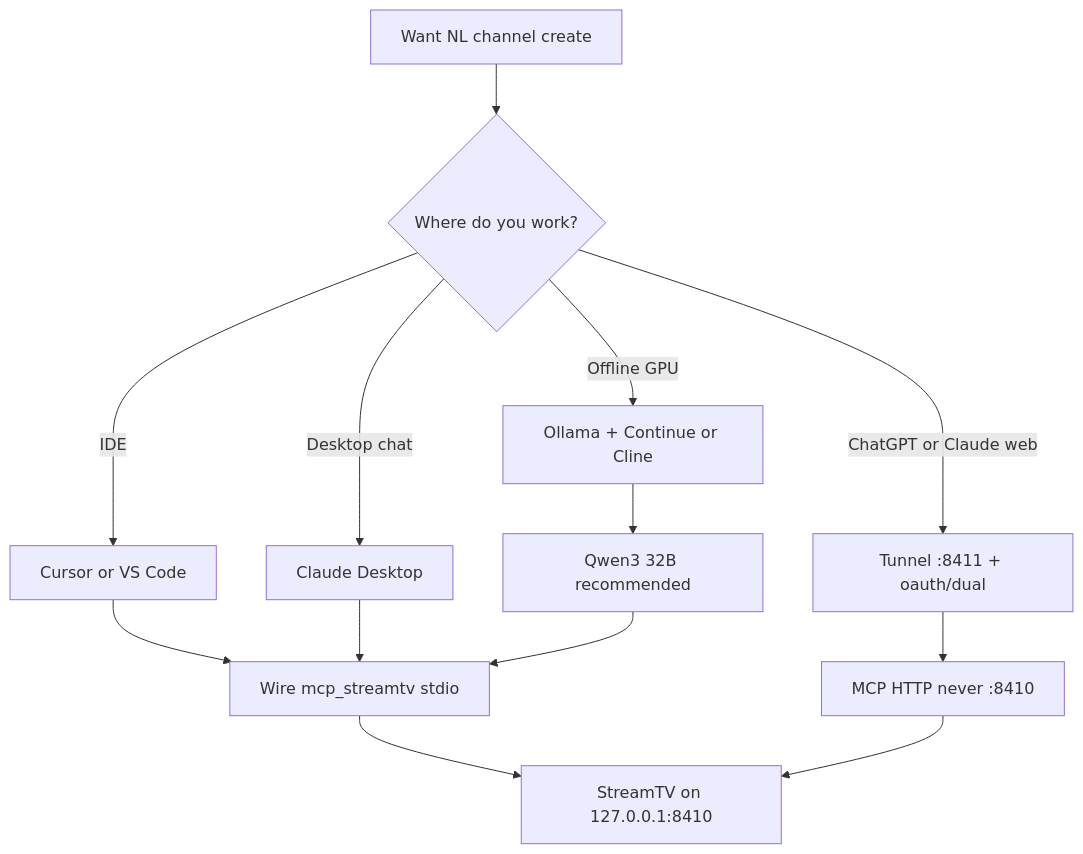
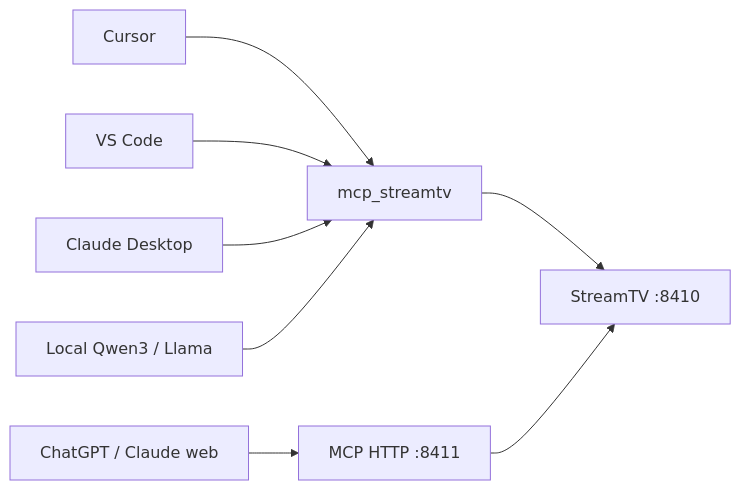
Before and after one commit to roto31/StreamTV: the sixth of 6 diagrams in docs/wiki/Channel-Creator-MCP.md, drawn with Mermaid. The commit also changed other lines of this file and 5 other files, not shown here.

````diff
--- a/docs/wiki/Channel-Creator-MCP.md
+++ b/docs/wiki/Channel-Creator-MCP.md
@@ -34,15 +255,10 @@
 ```mermaid
-flowchart TD
-  Start["Want NL channel create"] --> Q{"Where do you work?"}
-  Q -->|IDE| CursorOrVS["Cursor or VS Code"]
-  Q -->|Desktop chat| Claude["Claude Desktop"]
-  Q -->|Offline GPU| Local["Ollama + Continue or Cline"]
-  Q -->|ChatGPT or Claude web| Remote["Tunnel :8411 + oauth/dual"]
-  CursorOrVS --> Wire["Wire mcp_streamtv stdio"]
-  Claude --> Wire
-  Local --> Model["Qwen3 32B recommended"]
-  Model --> Wire
-  Wire --> API["StreamTV on 127.0.0.1:8410"]
-  Remote --> HTTP["MCP HTTP never :8410"]
+flowchart LR
+  Cursor --> MCP["mcp_streamtv"]
+  VSCode["VS Code"] --> MCP
+  Claude["Claude Desktop"] --> MCP
+  Local["Local Qwen3 / Llama"] --> MCP
+  Remote["ChatGPT / Claude web"] --> HTTP["MCP HTTP :8411"]
+  MCP --> API["StreamTV :8410"]
   HTTP --> API
 ```
````
